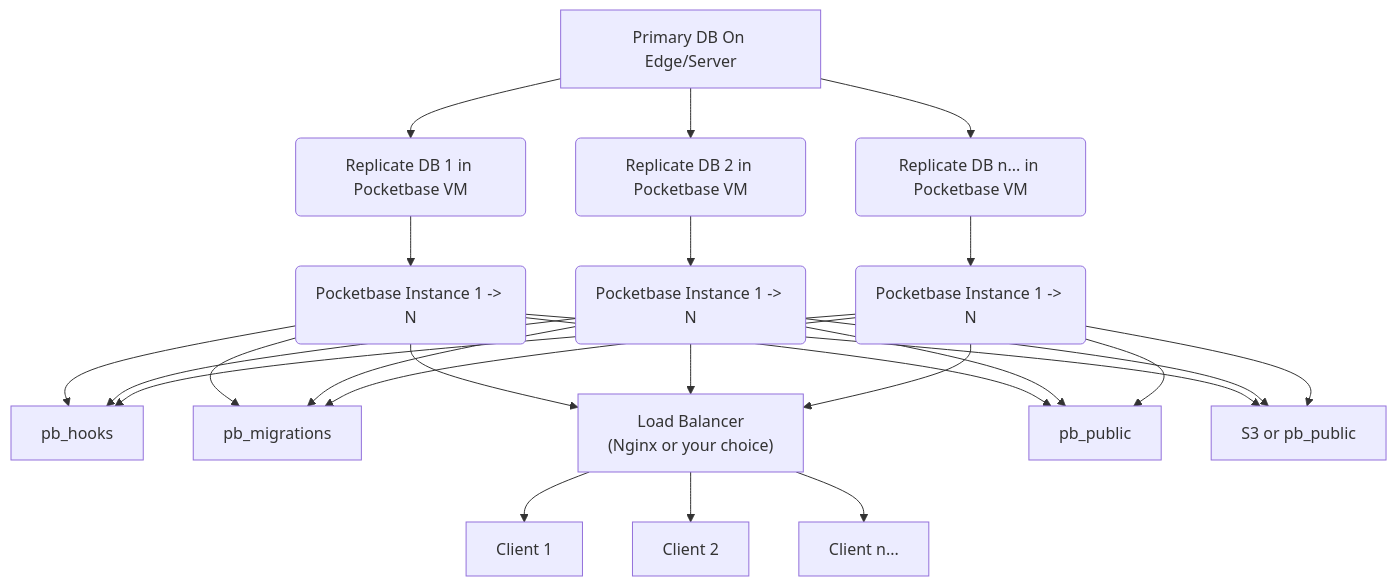
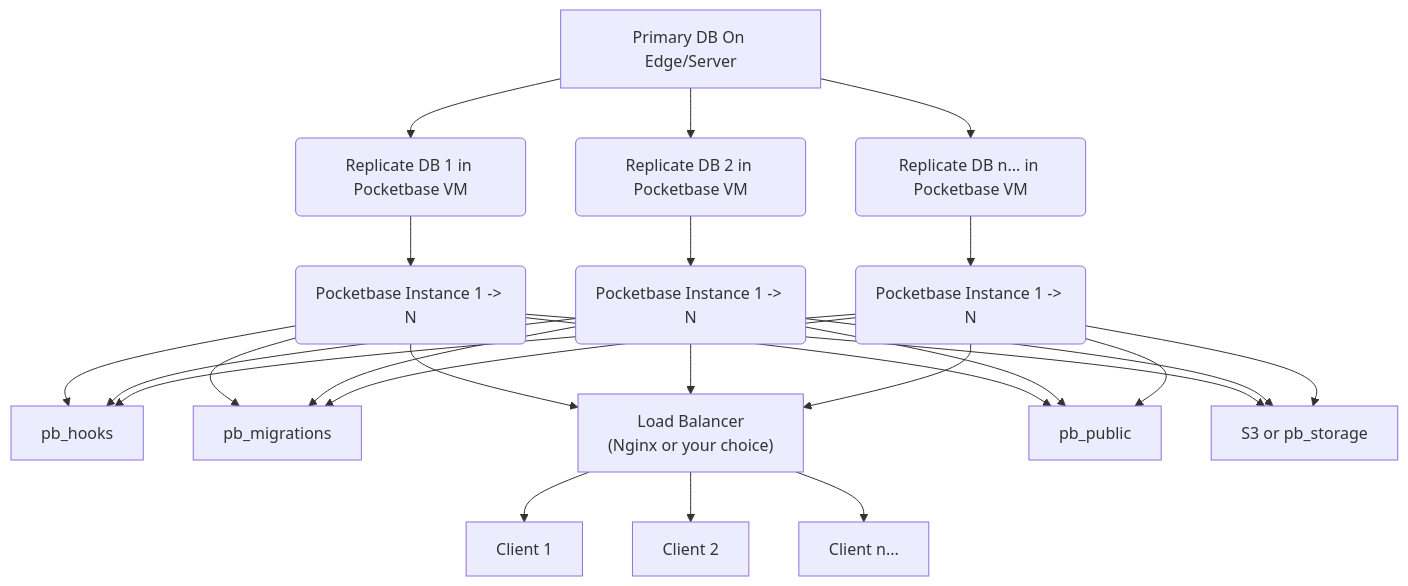
Before and after one commit to cobeo2004/pocketbase-libsql: the diagram in README.md, drawn with Mermaid.

Commit message:
Update README.md 2

````diff
--- a/README.md
+++ b/README.md
@@ -11,40 +11,40 @@
 ```mermaid
 flowchart TD
     A["Primary DB On Edge/Server"] --> B("Replicate DB 1 in Pocketbase VM")
     A --> C("Replicate DB 2 in Pocketbase VM")
     A --> D("Replicate DB n... in Pocketbase VM")
 
     B --> E("Pocketbase Instance 1 -> N")
 
     C --> H("Pocketbase Instance 1 -> N")
 
     D --> K("Pocketbase Instance 1 -> N")
 
     O[pb_hooks]
     E --> O
     H --> O
     K --> O
 
     F[pb_migrations]
     E --> F
     H --> F
     K --> F
 
     S["Load Balancer<br/>(Nginx or your choice)"]
     E --> S
     H --> S
     K --> S
 
     G[pb_public]
     E --> G
     H --> G
     K --> G
-    T[S3 or pb_public]
+    T[S3 or pb_storage]
     E --> T
     H --> T
     K --> T
 
     S --> P["Client 1"]
     S --> Q["Client 2"]
     S --> R["Client n..."]
 ```
````
